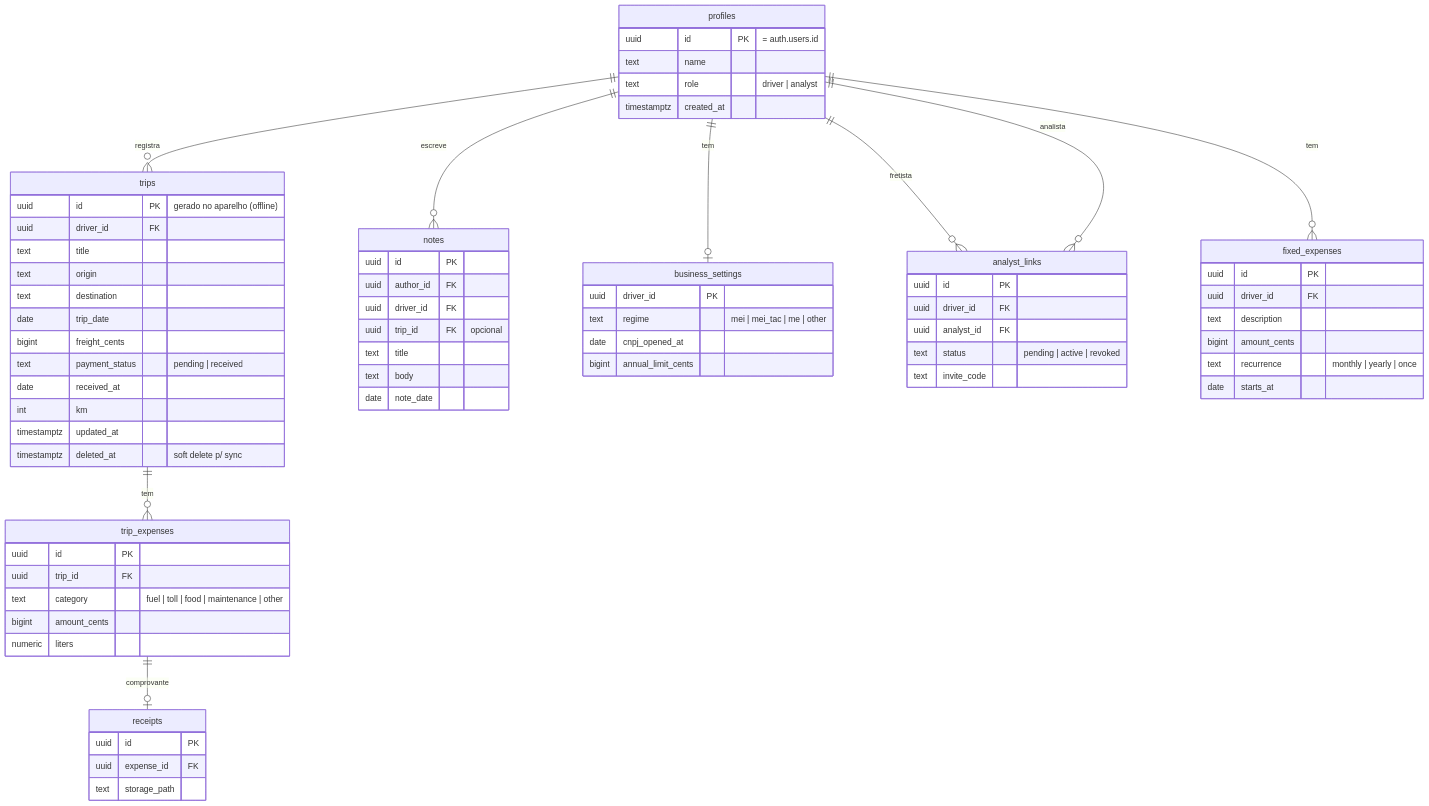
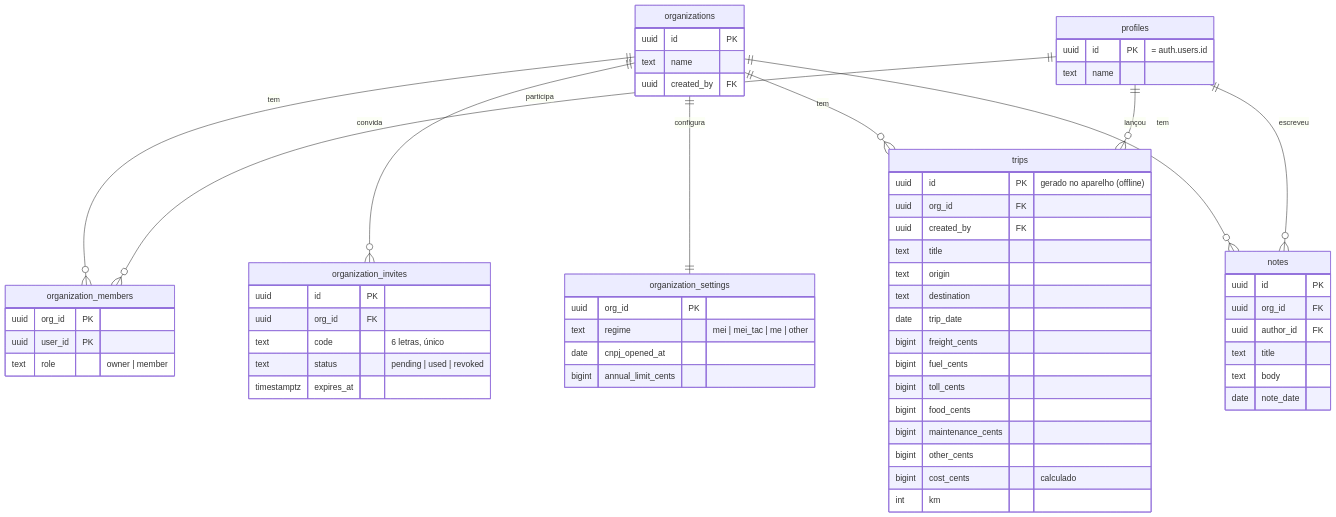
The second of 2 diagrams in docs/requisitos-e-arquitetura.md (Nick-Yanase/rodata), drawn with Mermaid before and after one commit. The commit also changed other lines of this file and 25 other files, not shown here.

First line of the commit message:
feat: organizações com visão única para fretista e analista

````diff
--- a/docs/requisitos-e-arquitetura.md
+++ b/docs/requisitos-e-arquitetura.md
@@ -247,74 +248,64 @@
 ```mermaid
 erDiagram
-  profiles ||--o{ trips : "registra"
-  profiles ||--o{ notes : "escreve"
-  profiles ||--o| business_settings : "tem"
-  profiles ||--o{ analyst_links : "fretista"
-  profiles ||--o{ analyst_links : "analista"
-  trips ||--o{ trip_expenses : "tem"
-  trip_expenses ||--o| receipts : "comprovante"
-  profiles ||--o{ fixed_expenses : "tem"
+  organizations ||--o{ organization_members : "tem"
+  profiles ||--o{ organization_members : "participa"
+  organizations ||--o{ organization_invites : "convida"
+  organizations ||--|| organization_settings : "configura"
+  organizations ||--o{ trips : "tem"
+  organizations ||--o{ notes : "tem"
+  profiles ||--o{ trips : "lançou"
+  profiles ||--o{ notes : "escreveu"
 
   profiles {
     uuid id PK "= auth.users.id"
     text name
-    text role "driver | analyst"
-    timestamptz created_at
   }
-  business_settings {
-    uuid driver_id PK
+  organizations {
+    uuid id PK
+    text name
+    uuid created_by FK
+  }
+  organization_members {
+    uuid org_id PK
+    uuid user_id PK
+    text role "owner | member"
+  }
+  organization_invites {
+    uuid id PK
+    uuid org_id FK
+    text code "6 letras, único"
+    text status "pending | used | revoked"
+    timestamptz expires_at
+  }
+  organization_settings {
+    uuid org_id PK
     text regime "mei | mei_tac | me | other"
     date cnpj_opened_at
     bigint annual_limit_cents
   }
-  analyst_links {
-    uuid id PK
-    uuid driver_id FK
-    uuid analyst_id FK
-    text status "pending | active | revoked"
-    text invite_code
-  }
   trips {
     uuid id PK "gerado no aparelho (offline)"
-    uuid driver_id FK
+    uuid org_id FK
+    uuid created_by FK
     text title
     text origin
     text destination
     date trip_date
     bigint freight_cents
-    text payment_status "pending | received"
-    date received_at
+    bigint fuel_cents
+    bigint toll_cents
+    bigint food_cents
+    bigint maintenance_cents
+    bigint other_cents
+    bigint cost_cents "calculado"
     int km
-    timestamptz updated_at
-    timestamptz deleted_at "soft delete p/ sync"
-  }
-  trip_expenses {
-    uuid id PK
-    uuid trip_id FK
-    text category "fuel | toll | food | maintenance | other"
-    bigint amount_cents
-    numeric liters
-  }
-  receipts {
-    uuid id PK
-    uuid expense_id FK
-    text storage_path
-  }
-  fixed_expenses {
-    uuid id PK
-    uuid driver_id FK
-    text description
-    bigint amount_cents
-    text recurrence "monthly | yearly | once"
-    date starts_at
   }
   notes {
     uuid id PK
+    uuid org_id FK
     uuid author_id FK
-    uuid driver_id FK
-    uuid trip_id FK "opcional"
     text title
     text body
     date note_date
   }
 ```
````
